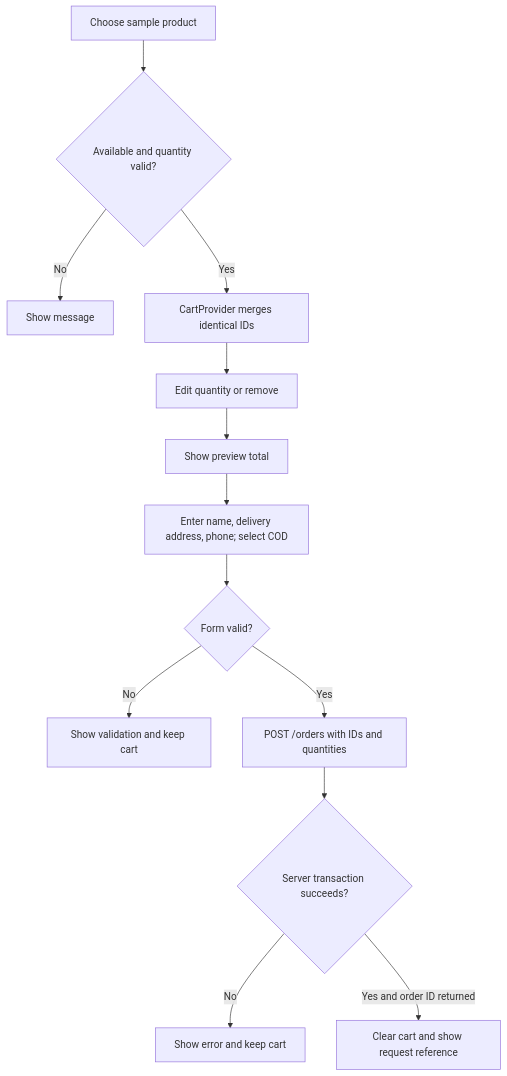
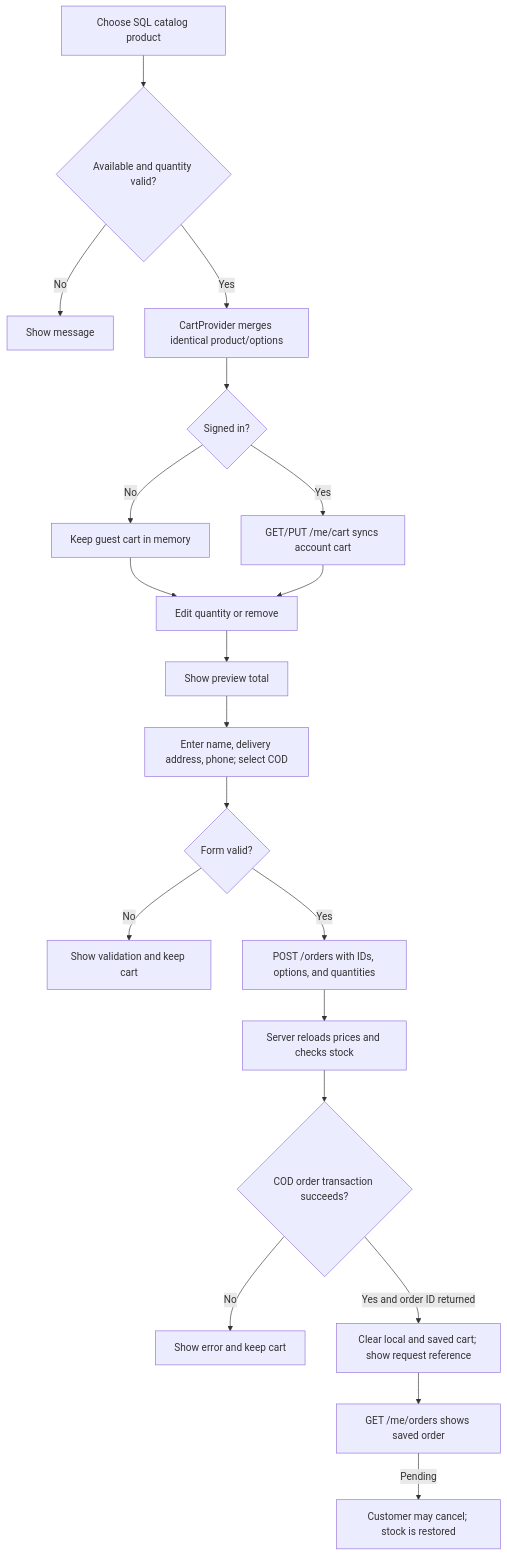
The third of 5 diagrams in docs/SYSTEM_FLOW.md (EARL146/app-), drawn with Mermaid before and after one commit. The commit also changed other lines of this file and 79 other files, not shown here.

````diff
--- a/docs/SYSTEM_FLOW.md
+++ b/docs/SYSTEM_FLOW.md
@@ -55,15 +61,22 @@
 ```mermaid
 flowchart TD
-    A[Choose sample product] --> B{Available and quantity valid?}
+    A[Choose SQL catalog product] --> B{Available and quantity valid?}
     B -->|No| C[Show message]
-    B -->|Yes| D[CartProvider merges identical IDs]
-    D --> E[Edit quantity or remove]
-    E --> F[Show preview total]
-    F --> G[Enter name, delivery address, phone; select COD]
-    G --> H{Form valid?}
-    H -->|No| I[Show validation and keep cart]
-    H -->|Yes| J[POST /orders with IDs and quantities]
-    J --> K{Server transaction succeeds?}
-    K -->|No| L[Show error and keep cart]
-    K -->|Yes and order ID returned| M[Clear cart and show request reference]
+    B -->|Yes| D[CartProvider merges identical product/options]
+    D --> E{Signed in?}
+    E -->|No| F[Keep guest cart in memory]
+    E -->|Yes| G[GET/PUT /me/cart syncs account cart]
+    F --> H[Edit quantity or remove]
+    G --> H
+    H --> I[Show preview total]
+    I --> J[Enter name, delivery address, phone; select COD]
+    J --> K{Form valid?}
+    K -->|No| L[Show validation and keep cart]
+    K -->|Yes| M[POST /orders with IDs, options, and quantities]
+    M --> N[Server reloads prices and checks stock]
+    N --> O{COD order transaction succeeds?}
+    O -->|No| P[Show error and keep cart]
+    O -->|Yes and order ID returned| Q[Clear local and saved cart; show request reference]
+    Q --> R[GET /me/orders shows saved order]
+    R -->|Pending| S[Customer may cancel; stock is restored]
 ```
````
